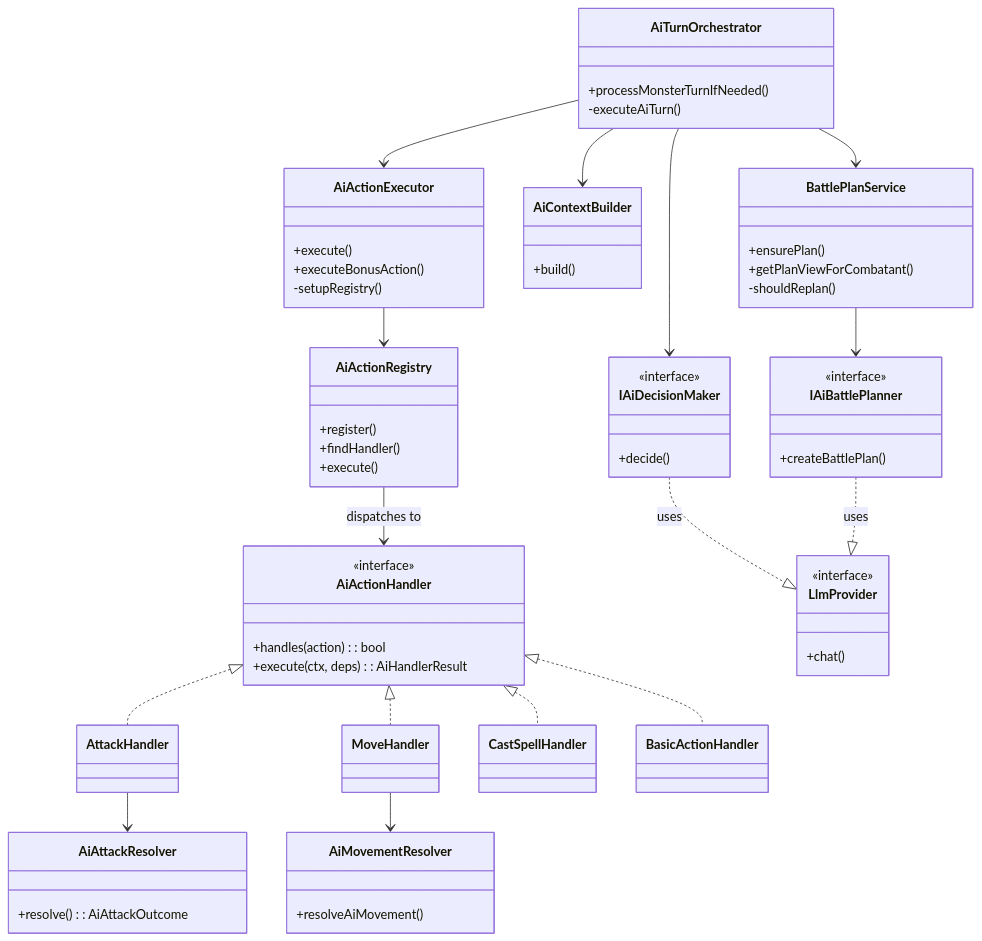
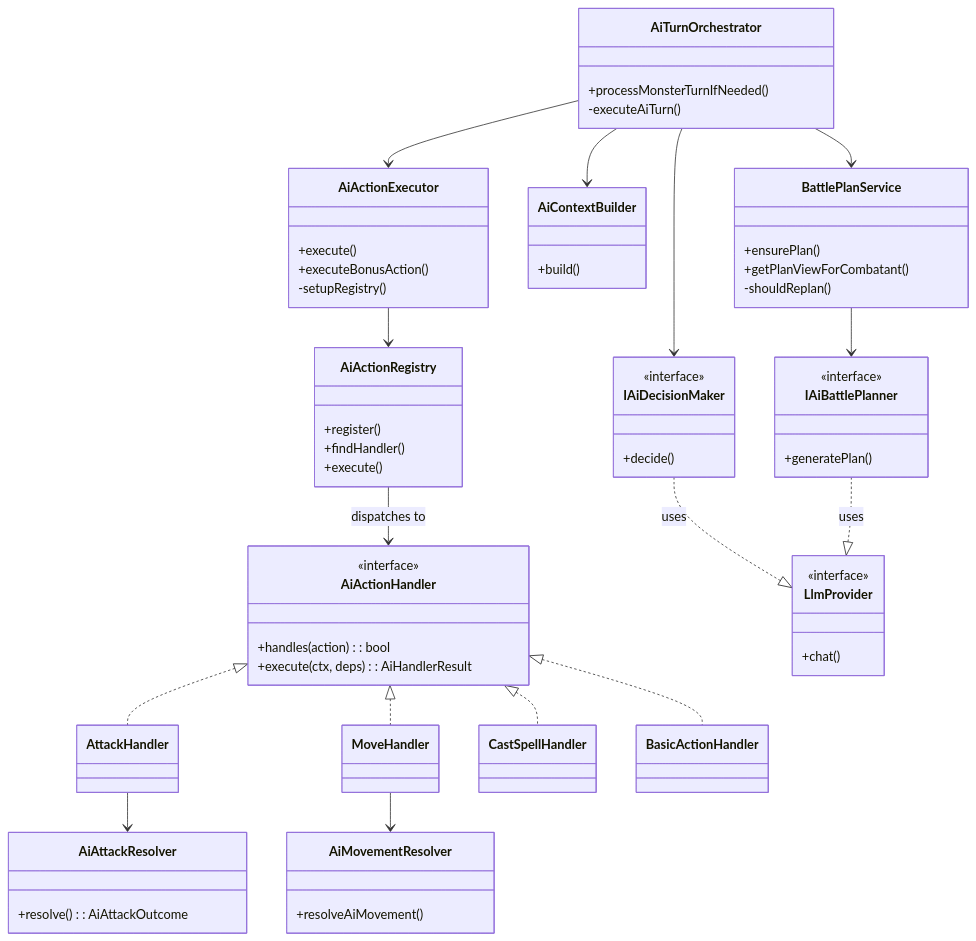
One commit to mweyamutsvene/DungeonMaster changed the diagram in .github/instructions/ai-behavior.instructions.md. Above: the diagram before and after it, drawn with Mermaid. The commit also changed other lines of this file and 22 other files, not shown here.

Commit message:
docs: refresh flow instructions and CLAUDE guides

````diff
--- a/.github/instructions/ai-behavior.instructions.md
+++ b/.github/instructions/ai-behavior.instructions.md
@@ -13,64 +13,64 @@
 ```mermaid
 classDiagram
     class AiTurnOrchestrator {
         +processMonsterTurnIfNeeded()
         -executeAiTurn()
     }
     class AiActionExecutor {
         +execute()
         +executeBonusAction()
         -setupRegistry()
     }
     class AiActionRegistry {
         +register()
         +findHandler()
         +execute()
     }
     class AiActionHandler {
         <<interface>>
         +handles(action): bool
         +execute(ctx, deps): AiHandlerResult
     }
     class AiAttackResolver {
         +resolve(): AiAttackOutcome
     }
     class AiMovementResolver {
         +resolveAiMovement()
     }
     class AiContextBuilder {
         +build()
     }
     class BattlePlanService {
         +ensurePlan()
         +getPlanViewForCombatant()
         -shouldReplan()
     }
     class IAiDecisionMaker {
         <<interface>>
         +decide()
     }
     class IAiBattlePlanner {
         <<interface>>
-        +createBattlePlan()
+        +generatePlan()
     }
     class LlmProvider {
         <<interface>>
         +chat()
     }
 
     AiTurnOrchestrator --> AiActionExecutor
     AiTurnOrchestrator --> AiContextBuilder
     AiTurnOrchestrator --> IAiDecisionMaker
     AiTurnOrchestrator --> BattlePlanService
     AiActionExecutor --> AiActionRegistry
     AiActionRegistry --> AiActionHandler : dispatches to
     AiActionHandler <|.. AttackHandler
     AiActionHandler <|.. MoveHandler
     AiActionHandler <|.. CastSpellHandler
     AiActionHandler <|.. BasicActionHandler
     AttackHandler --> AiAttackResolver
     MoveHandler --> AiMovementResolver
     BattlePlanService --> IAiBattlePlanner
     IAiDecisionMaker ..|> LlmProvider : uses
     IAiBattlePlanner ..|> LlmProvider : uses
 ```
````
